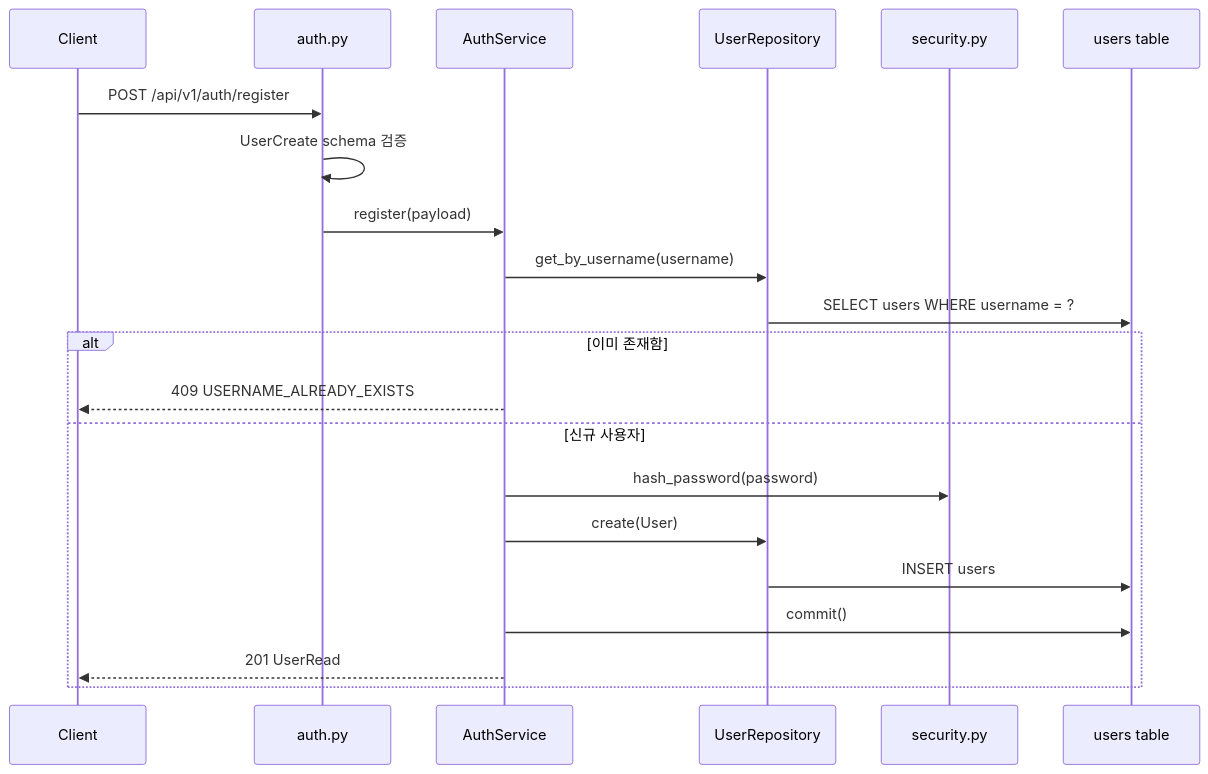
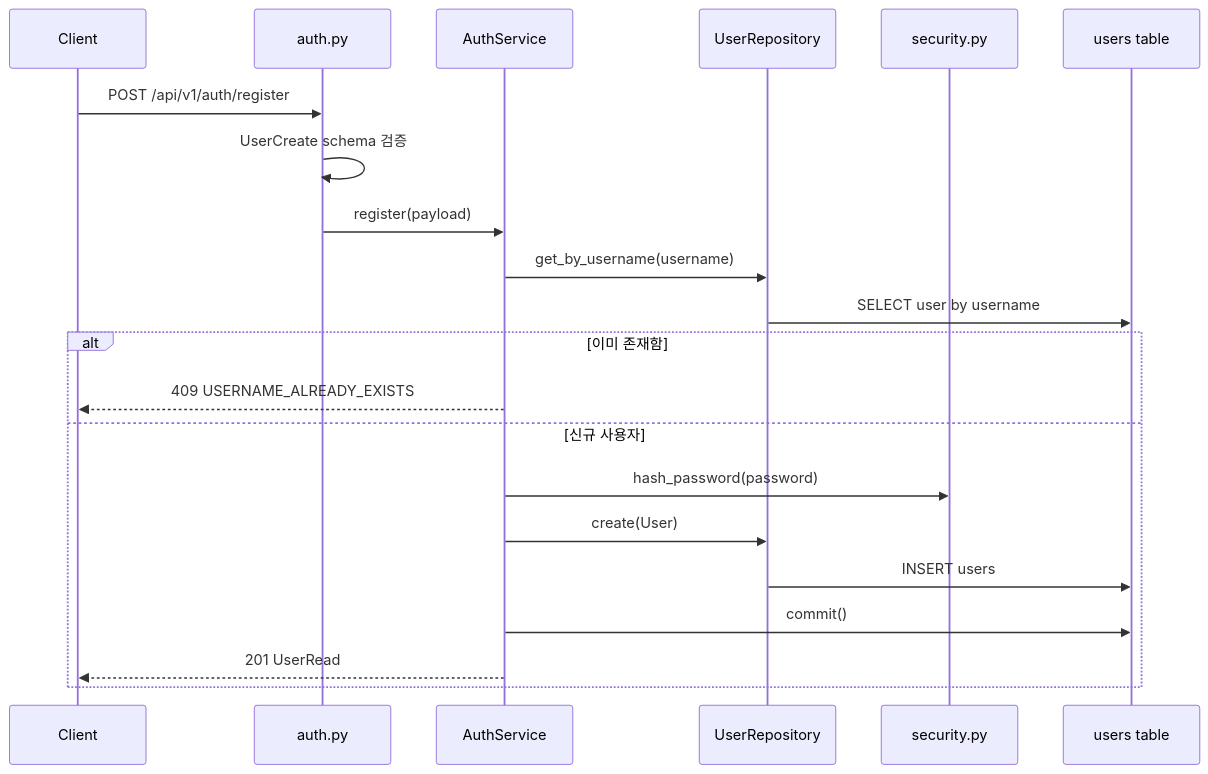
The third of 12 diagrams in docs/sprint-2-execution-flow-guide.md (JUNGLE-TEAM1/W16_team_sprint), drawn with Mermaid before and after one commit. The commit also changed other lines of this file, not shown here.

Commit message:
docs: fix sprint 2 mermaid syntax

````diff
--- a/docs/sprint-2-execution-flow-guide.md
+++ b/docs/sprint-2-execution-flow-guide.md
@@ -59,24 +59,24 @@
 ```mermaid
 sequenceDiagram
     participant Client
     participant API as auth.py
     participant Service as AuthService
     participant Users as UserRepository
     participant Security as security.py
     participant DB as users table
 
     Client->>API: POST /api/v1/auth/register
     API->>API: UserCreate schema 검증
     API->>Service: register(payload)
     Service->>Users: get_by_username(username)
-    Users->>DB: SELECT users WHERE username = ?
+    Users->>DB: SELECT user by username
     alt 이미 존재함
         Service-->>Client: 409 USERNAME_ALREADY_EXISTS
     else 신규 사용자
         Service->>Security: hash_password(password)
         Service->>Users: create(User)
         Users->>DB: INSERT users
         Service->>DB: commit()
         Service-->>Client: 201 UserRead
     end
 ```
````
